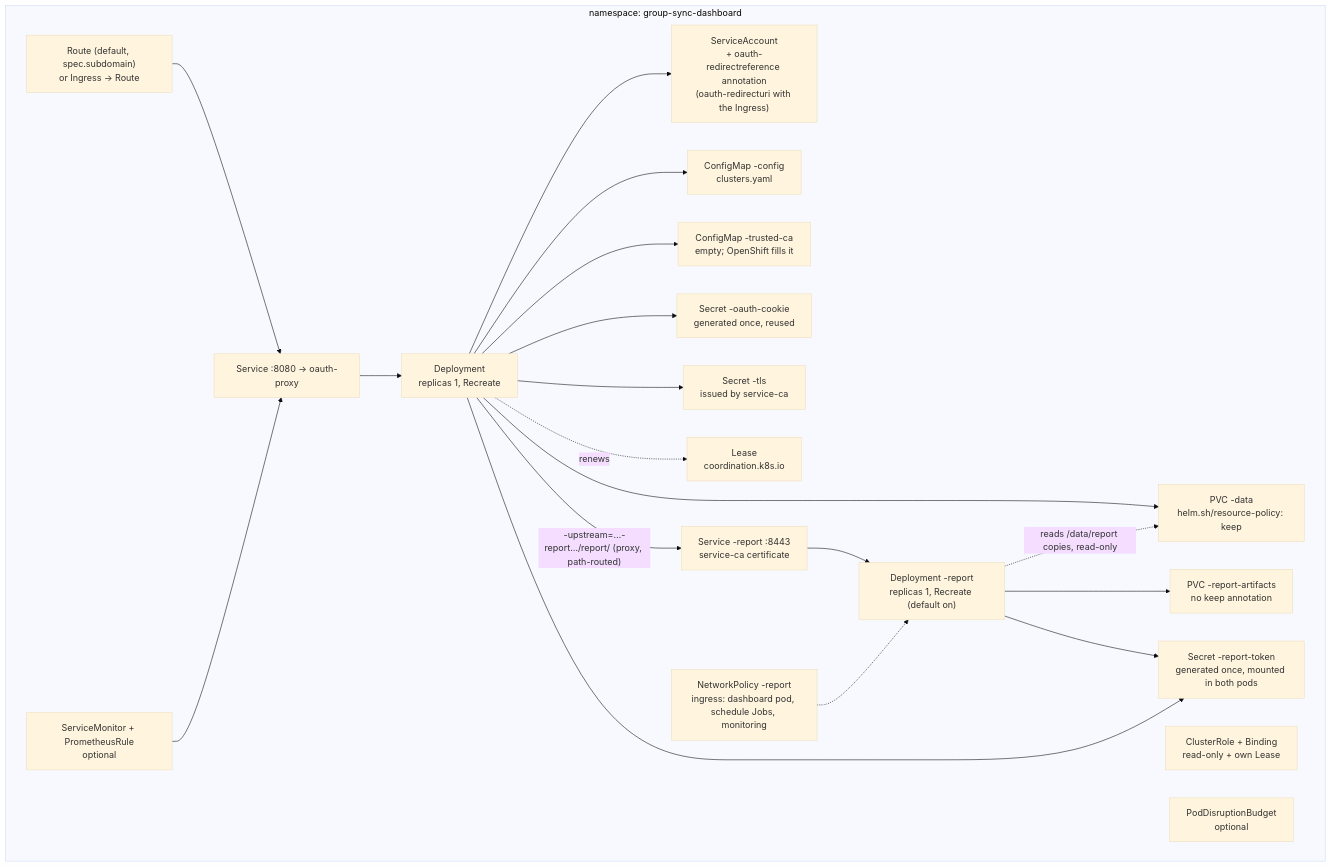
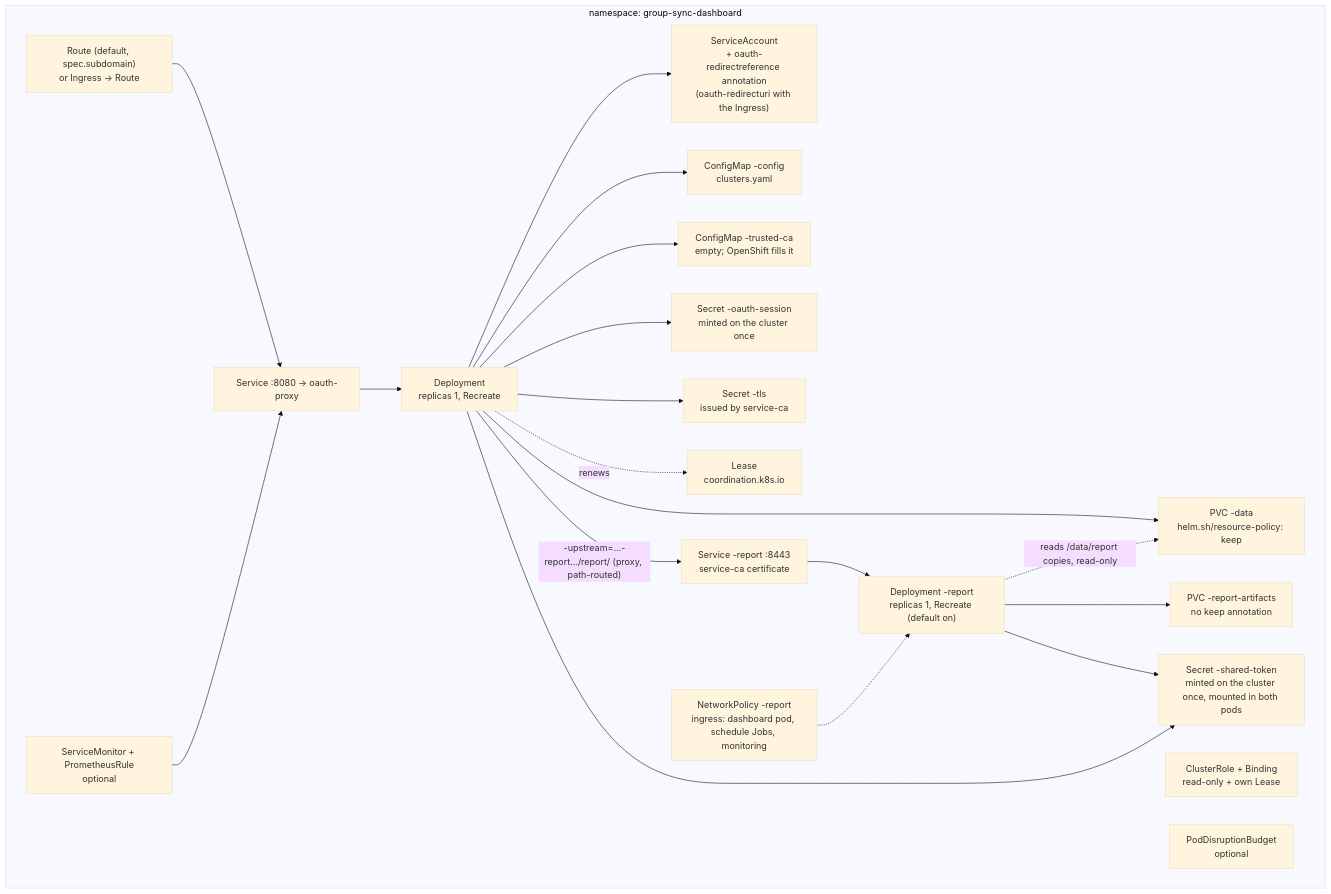
One commit to ephico2real2/group-sync-dashboard changed the eighth of 10 diagrams in docs/reference-architecture.md. Above: the diagram before and after it, drawn with Mermaid (base theme). The commit also changed 14 other files, not shown here.

Commit message:
feat(chart): the session key and the report token are minted on the cluster by a hook, never rendered; the first upgrade carries the old values over (chart 0.37.0, #212)

````diff
--- a/docs/reference-architecture.md
+++ b/docs/reference-architecture.md
@@ -1138,34 +1138,34 @@
 ```mermaid
 flowchart TB
   subgraph ns["namespace: group-sync-dashboard"]
     sa["ServiceAccount<br/>+ oauth-redirectreference annotation<br/>(oauth-redirecturi with the Ingress)"]
     cr["ClusterRole + Binding<br/>read-only + own Lease"]
     cm["ConfigMap -config<br/>clusters.yaml"]
     tca["ConfigMap -trusted-ca<br/>empty; OpenShift fills it"]
-    sec["Secret -oauth-cookie<br/>generated once, reused"]
+    sec["Secret -oauth-session<br/>minted on the cluster once"]
     tls["Secret -tls<br/>issued by service-ca"]
     dep["Deployment<br/>replicas 1, Recreate"]
     pvc["PVC -data<br/>helm.sh/resource-policy: keep"]
     svc["Service :8080 → oauth-proxy"]
     ing["Route (default, spec.subdomain)<br/>or Ingress → Route"]
     lease["Lease<br/>coordination.k8s.io"]
     pdb["PodDisruptionBudget<br/>optional"]
     sm["ServiceMonitor + PrometheusRule<br/>optional"]
     rdep["Deployment -report<br/>replicas 1, Recreate (default on)"]
     rsvc["Service -report :8443<br/>service-ca certificate"]
     rpvc["PVC -report-artifacts<br/>no keep annotation"]
-    rsec["Secret -report-token<br/>generated once, mounted in both pods"]
+    rsec["Secret -shared-token<br/>minted on the cluster once, mounted in both pods"]
     rnp["NetworkPolicy -report<br/>ingress: dashboard pod, schedule Jobs, monitoring"]
   end
   dep --> cm & tca & sec & tls & pvc & sa
   svc --> dep
   ing --> svc
   sm --> svc
   dep -.->|renews| lease
   dep -->|"-upstream=…-report…/report/ (proxy, path-routed)"| rsvc
   rsvc --> rdep
   rdep --> rpvc & rsec
   rdep -.->|"reads /data/report copies, read-only"| pvc
   dep --> rsec
   rnp -.-> rdep
 ```
````
